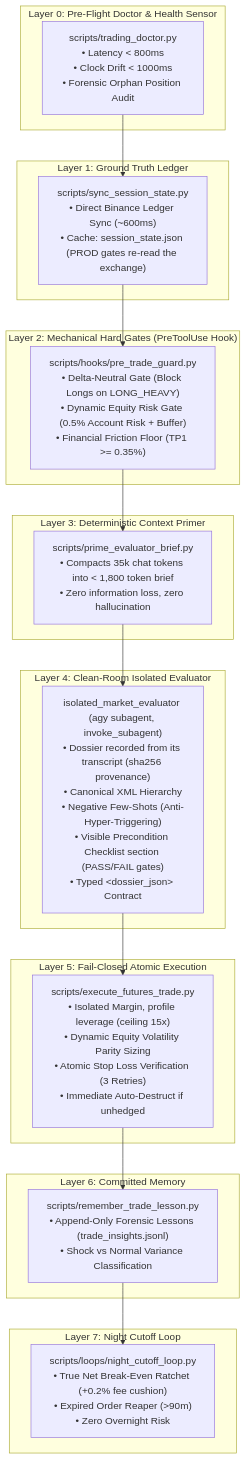
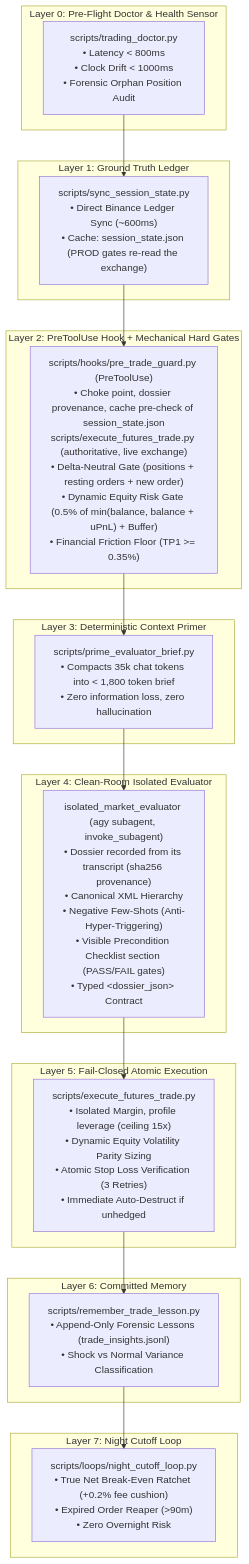
Before and after one commit to IgnacioN99/autonomous-trading-desk: the diagram in README.md, drawn with Mermaid. The commit also changed other lines of this file and 7 other files, not shown here.

First line of the commit message:
fix(executor): Gate 1 counts resting orders and the new order, Gate 2 caps on balance + uPnL, exposure rows fail closed (#119, #117)

````diff
--- a/README.md
+++ b/README.md
@@ -27,36 +27,36 @@
 ```mermaid
 graph TD
     subgraph L0 ["Layer 0: Pre-Flight Doctor & Health Sensor"]
         DOC["scripts/trading_doctor.py<br/>• Latency < 800ms<br/>• Clock Drift < 1000ms<br/>• Forensic Orphan Position Audit"]
     end
 
     subgraph L1 ["Layer 1: Ground Truth Ledger"]
         SYNC["scripts/sync_session_state.py<br/>• Direct Binance Ledger Sync (~600ms)<br/>• Cache: session_state.json (PROD gates re-read the exchange)"]
     end
 
-    subgraph L2 ["Layer 2: Mechanical Hard Gates (PreToolUse Hook)"]
-        GATE["scripts/hooks/pre_trade_guard.py<br/>• Delta-Neutral Gate (Block Longs on LONG_HEAVY)<br/>• Dynamic Equity Risk Gate (0.5% Account Risk + Buffer)<br/>• Financial Friction Floor (TP1 >= 0.35%)"]
+    subgraph L2 ["Layer 2: PreToolUse Hook + Mechanical Hard Gates"]
+        GATE["scripts/hooks/pre_trade_guard.py (PreToolUse)<br/>• Choke point, dossier provenance, cache pre-check of session_state.json<br/>scripts/execute_futures_trade.py (authoritative, live exchange)<br/>• Delta-Neutral Gate (positions + resting orders + new order)<br/>• Dynamic Equity Risk Gate (0.5% of min(balance, balance + uPnL) + Buffer)<br/>• Financial Friction Floor (TP1 >= 0.35%)"]
     end
 
     subgraph L3 ["Layer 3: Deterministic Context Primer"]
         BRIEF["scripts/prime_evaluator_brief.py<br/>• Compacts 35k chat tokens into &lt; 1,800 token brief<br/>• Zero information loss, zero hallucination"]
     end
 
     subgraph L4 ["Layer 4: Clean-Room Isolated Evaluator"]
         EVAL["isolated_market_evaluator (agy subagent, invoke_subagent)<br/>• Dossier recorded from its transcript (sha256 provenance)<br/>• Canonical XML Hierarchy<br/>• Negative Few-Shots (Anti-Hyper-Triggering)<br/>• Visible Precondition Checklist section (PASS/FAIL gates)<br/>• Typed &lt;dossier_json&gt; Contract"]
     end
 
     subgraph L5 ["Layer 5: Fail-Closed Atomic Execution"]
         EXEC["scripts/execute_futures_trade.py<br/>• Isolated Margin, profile leverage (ceiling 15x)<br/>• Dynamic Equity Volatility Parity Sizing<br/>• Atomic Stop Loss Verification (3 Retries)<br/>• Immediate Auto-Destruct if unhedged"]
     end
 
     subgraph L6 ["Layer 6: Committed Memory"]
         MEM["scripts/remember_trade_lesson.py<br/>• Append-Only Forensic Lessons (trade_insights.jsonl)<br/>• Shock vs Normal Variance Classification"]
     end
 
     subgraph L7 ["Layer 7: Night Cutoff Loop"]
         LOOP["scripts/loops/night_cutoff_loop.py<br/>• True Net Break-Even Ratchet (+0.2% fee cushion)<br/>• Expired Order Reaper (>90m)<br/>• Zero Overnight Risk"]
     end
 
     DOC --> SYNC --> GATE --> BRIEF --> EVAL --> EXEC --> MEM --> LOOP
 ```
````
